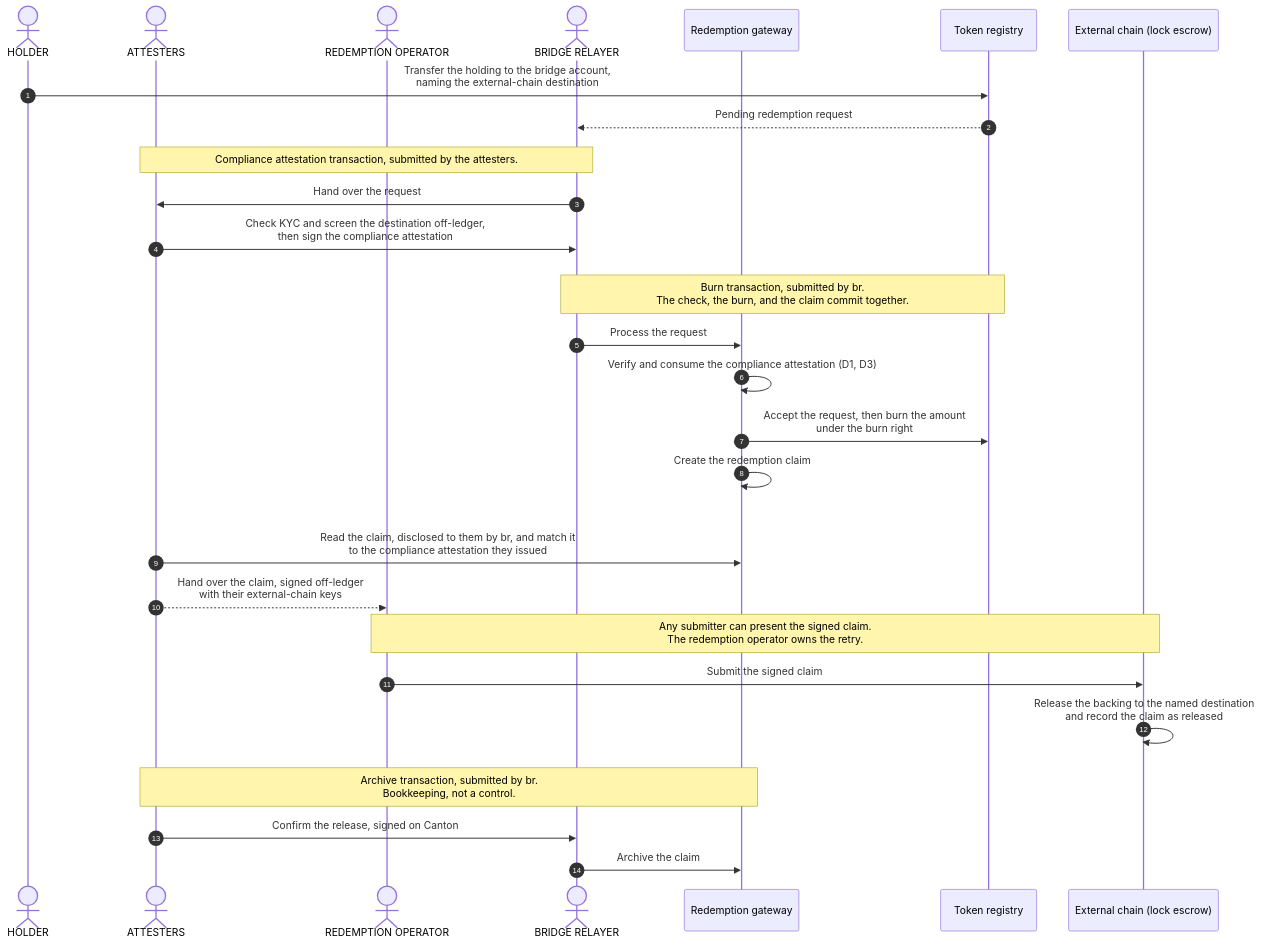
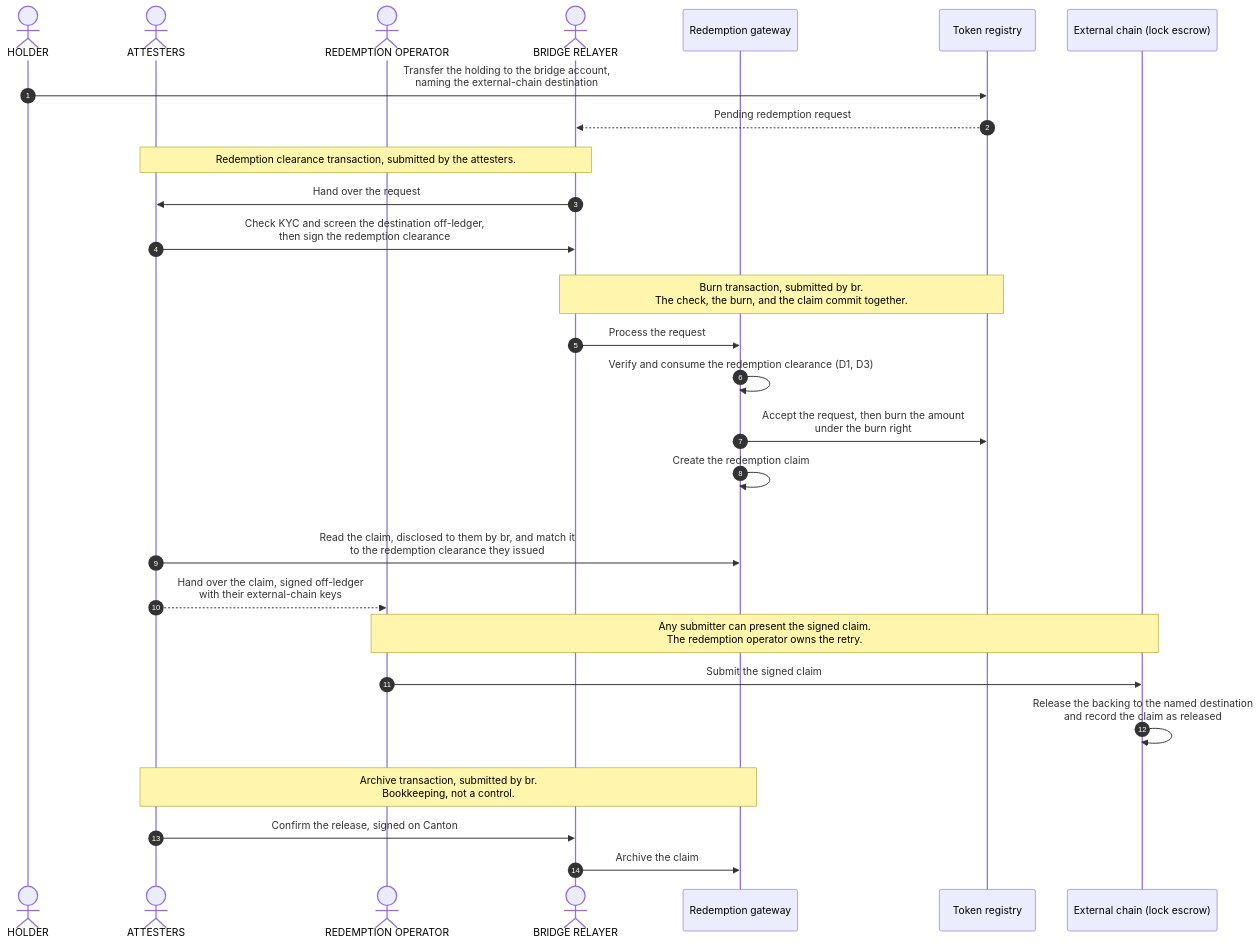
One commit to OpenZeppelin/canton-specs changed the third of 3 diagrams in docs/reference-architectures/cross-chain-stablecoin.md. Above: the diagram before and after it, drawn with Mermaid. The commit also changed other lines of this file, not shown here.

Commit message:
merge lock and compliance attestations into a single step

````diff
--- a/docs/reference-architectures/cross-chain-stablecoin.md
+++ b/docs/reference-architectures/cross-chain-stablecoin.md
@@ -728,36 +742,36 @@
 ```mermaid
 sequenceDiagram
     autonumber
     actor Holder as HOLDER
     actor Attesters as ATTESTERS
     actor Operator as REDEMPTION OPERATOR
     actor Relayer as BRIDGE RELAYER
     participant Redeem as Redemption gateway
     participant Registry as Token registry
     participant Chain as External chain (lock escrow)
 
     Holder->>Registry: Transfer the holding to the bridge account,<br/>naming the external-chain destination
     Registry-->>Relayer: Pending redemption request
     rect rgba(255, 255, 255, .1)
-        Note over Attesters,Relayer: Compliance attestation transaction, submitted by the attesters.
+        Note over Attesters,Relayer: Redemption clearance transaction, submitted by the attesters.
         Relayer->>Attesters: Hand over the request
-        Attesters->>Relayer: Check KYC and screen the destination off-ledger,<br/>then sign the compliance attestation
+        Attesters->>Relayer: Check KYC and screen the destination off-ledger,<br/>then sign the redemption clearance
     end
     rect rgba(255, 255, 255, .1)
         Note over Relayer,Registry: Burn transaction, submitted by br.<br/>The check, the burn, and the claim commit together.
         Relayer->>Redeem: Process the request
-        Redeem->>Redeem: Verify and consume the compliance attestation (D1, D3)
+        Redeem->>Redeem: Verify and consume the redemption clearance (D1, D3)
         Redeem->>Registry: Accept the request, then burn the amount<br/>under the burn right
         Redeem->>Redeem: Create the redemption claim
     end
-    Attesters->>Redeem: Read the claim, disclosed to them by br, and match it<br/>to the compliance attestation they issued
+    Attesters->>Redeem: Read the claim, disclosed to them by br, and match it<br/>to the redemption clearance they issued
     Attesters-->>Operator: Hand over the claim, signed off-ledger<br/>with their external-chain keys
     Note over Operator,Chain: Any submitter can present the signed claim.<br/>The redemption operator owns the retry.
     Operator->>Chain: Submit the signed claim
     Chain->>Chain: Release the backing to the named destination<br/>and record the claim as released
     rect rgba(255, 255, 255, .1)
         Note over Attesters,Redeem: Archive transaction, submitted by br.<br/>Bookkeeping, not a control.
         Attesters->>Relayer: Confirm the release, signed on Canton
         Relayer->>Redeem: Archive the claim
     end
 ```
````
